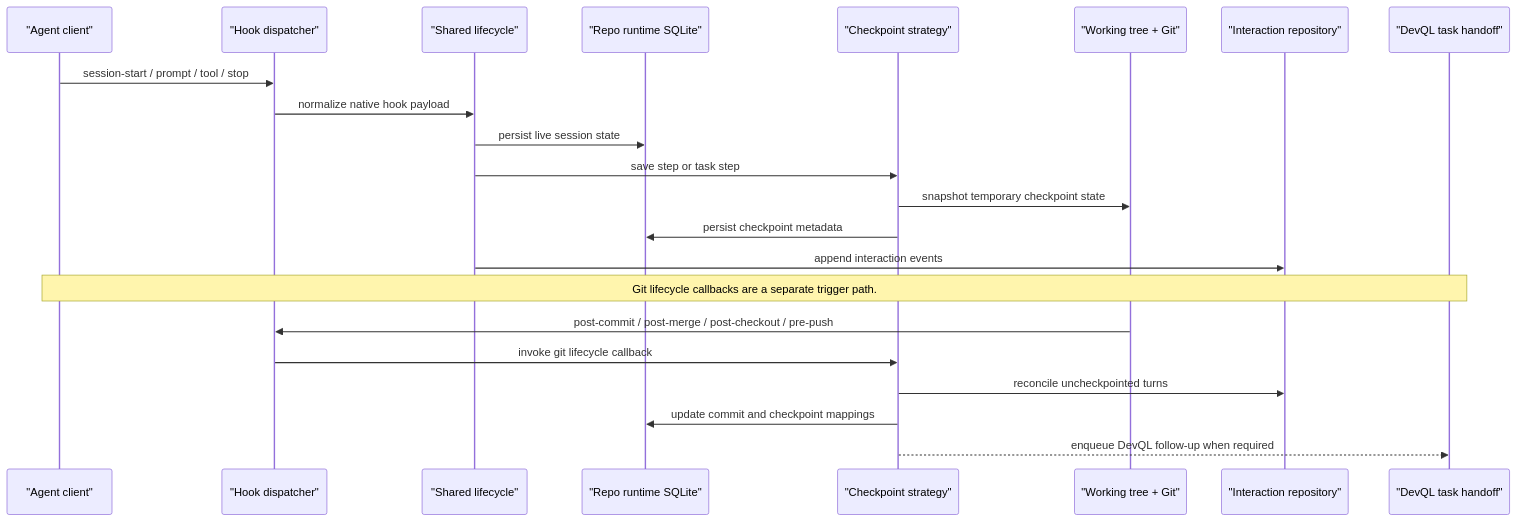
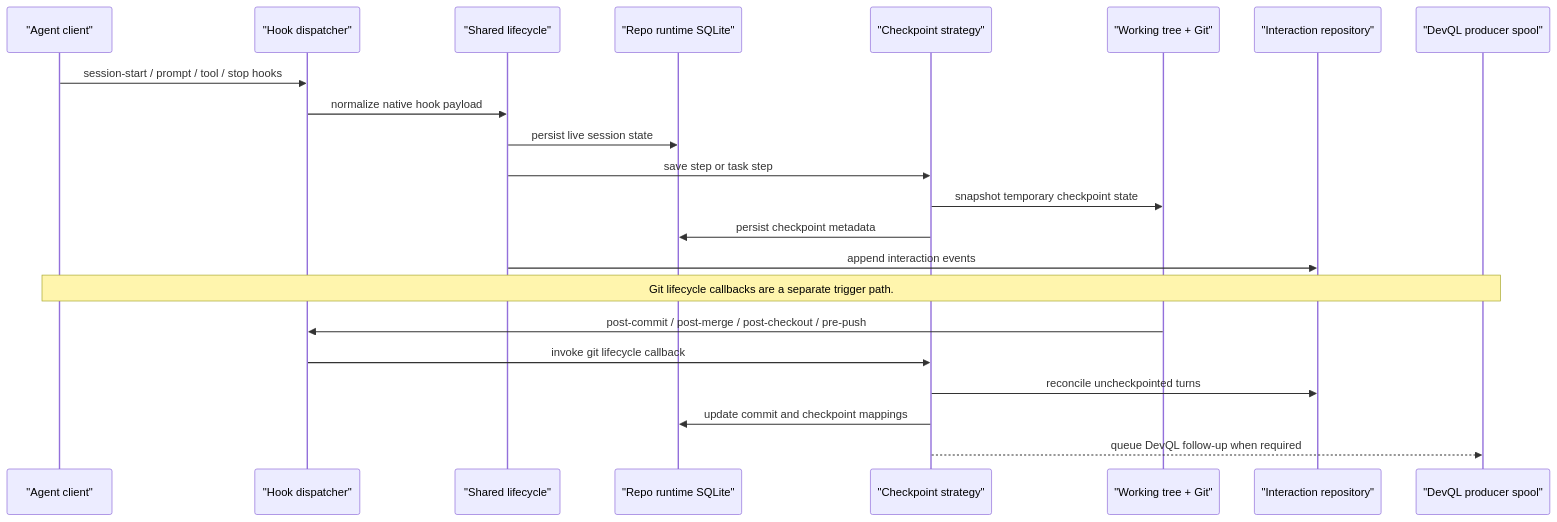
The diagram in documentation/contributors/architecture/diagrams/05-capture-lifecycle.md (bitloops/bitloops), drawn with Mermaid before and after one commit. The commit also changed other lines of this file and 4 other files, not shown here.

Commit message:
refactor: update architecture diagrams to clarify producer spool and task coordination

````diff
--- a/documentation/contributors/architecture/diagrams/05-capture-lifecycle.md
+++ b/documentation/contributors/architecture/diagrams/05-capture-lifecycle.md
@@ -7,27 +7,27 @@
 ```mermaid
 sequenceDiagram
     participant Agent as "Agent client"
     participant Hooks as "Hook dispatcher"
     participant Lifecycle as "Shared lifecycle"
     participant Runtime as "Repo runtime SQLite"
     participant Strategy as "Checkpoint strategy"
     participant Git as "Working tree + Git"
     participant Repo as "Interaction repository"
-    participant Queue as "DevQL task handoff"
+    participant Spool as "DevQL producer spool"
 
-    Agent->>Hooks: session-start / prompt / tool / stop
+    Agent->>Hooks: session-start / prompt / tool / stop hooks
     Hooks->>Lifecycle: normalize native hook payload
     Lifecycle->>Runtime: persist live session state
     Lifecycle->>Strategy: save step or task step
     Strategy->>Git: snapshot temporary checkpoint state
     Strategy->>Runtime: persist checkpoint metadata
     Lifecycle->>Repo: append interaction events
 
-    Note over Agent,Queue: Git lifecycle callbacks are a separate trigger path.
+    Note over Agent,Spool: Git lifecycle callbacks are a separate trigger path.
 
     Git->>Hooks: post-commit / post-merge / post-checkout / pre-push
     Hooks->>Strategy: invoke git lifecycle callback
     Strategy->>Repo: reconcile uncheckpointed turns
     Strategy->>Runtime: update commit and checkpoint mappings
-    Strategy-->>Queue: enqueue DevQL follow-up when required
+    Strategy-->>Spool: queue DevQL follow-up when required
 ```
````
